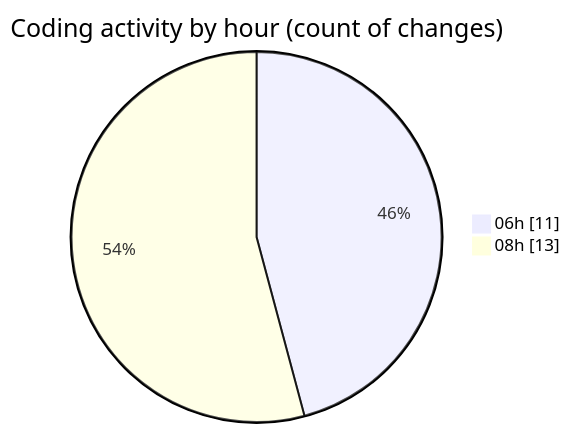
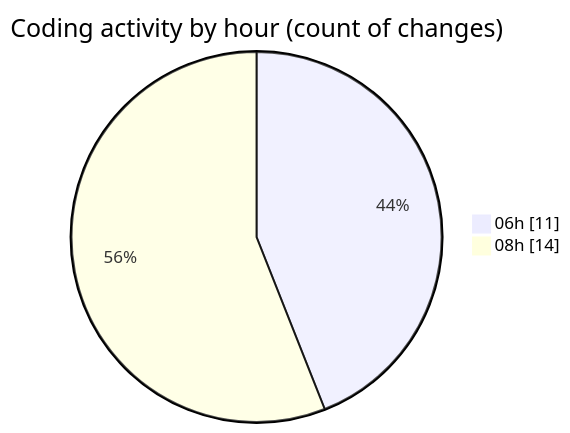
One commit to EIIisD/code-tracking changed the second of 2 diagrams in 2025-08-04/tw-server/README.md. Above: the diagram before and after it, drawn with Mermaid. The commit also changed other lines of this file and 1 other file, not shown here.

````diff
--- a/2025-08-04/tw-server/README.md
+++ b/2025-08-04/tw-server/README.md
@@ -36,6 +36,6 @@
 ```mermaid
 pie showData
 title Coding activity by hour (count of changes)
 "06h" : 11
-"08h" : 13
+"08h" : 14
 ```
````
